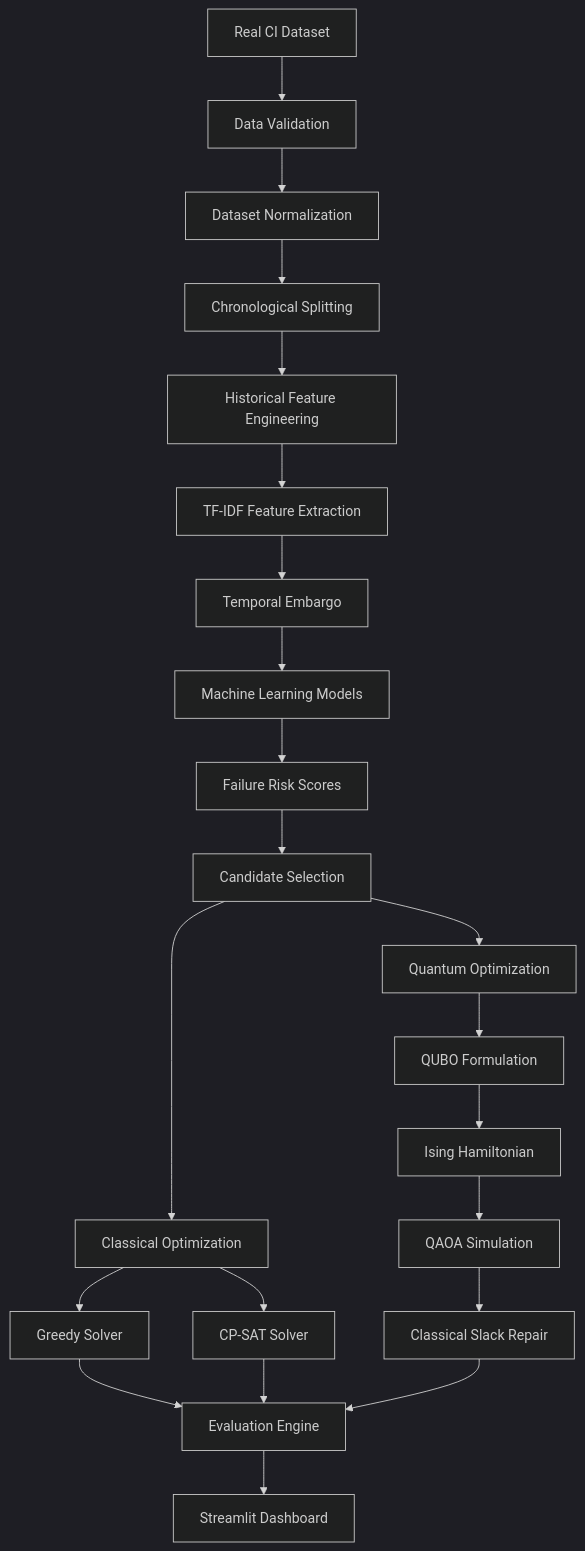
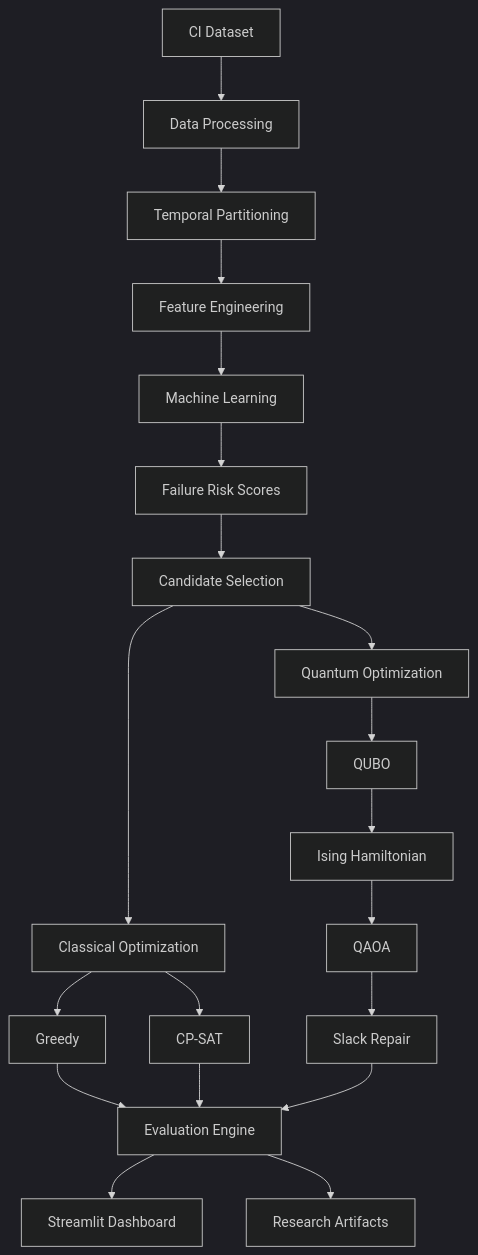
The first of 2 diagrams in README.md (karthikkb0580-cmd/Quant-CI), drawn with Mermaid (dark theme) before and after one commit. The commit also changed other lines of this file, not shown here.

Commit message:
refactor: update README for clarity and structure; enhance feature descriptions and add architecture diagram

````diff
--- a/README.md
+++ b/README.md
@@ -108,24 +38,27 @@
 ```mermaid
 flowchart TD
-    A[Real CI Dataset] --> B[Data Validation]
-    B --> C[Dataset Normalization]
-    C --> D[Chronological Splitting]
-    D --> E[Historical Feature Engineering]
-    E --> F[TF-IDF Feature Extraction]
-    F --> G[Temporal Embargo]
-    G --> H[Machine Learning Models]
-    H --> I[Failure Risk Scores]
-    I --> J[Candidate Selection]
-    J --> K[Classical Optimization]
-    J --> L[Quantum Optimization]
-    K --> M[Greedy Solver]
-    K --> N[CP-SAT Solver]
-    L --> O[QUBO Formulation]
-    O --> P[Ising Hamiltonian]
-    P --> Q[QAOA Simulation]
-    Q --> R[Classical Slack Repair]
-    M --> S[Evaluation Engine]
-    N --> S
-    R --> S
-    S --> T[Streamlit Dashboard]
+    A[CI Dataset] --> B[Data Processing]
+    B --> C[Temporal Partitioning]
+    C --> D[Feature Engineering]
+    D --> E[Machine Learning]
+    E --> F[Failure Risk Scores]
+    F --> G[Candidate Selection]
+
+    G --> H[Classical Optimization]
+    G --> I[Quantum Optimization]
+
+    H --> J[Greedy]
+    H --> K[CP-SAT]
+
+    I --> L[QUBO]
+    L --> M[Ising Hamiltonian]
+    M --> N[QAOA]
+    N --> O[Slack Repair]
+
+    J --> P[Evaluation Engine]
+    K --> P
+    O --> P
+
+    P --> Q[Streamlit Dashboard]
+    P --> R[Research Artifacts]
 ```
````
